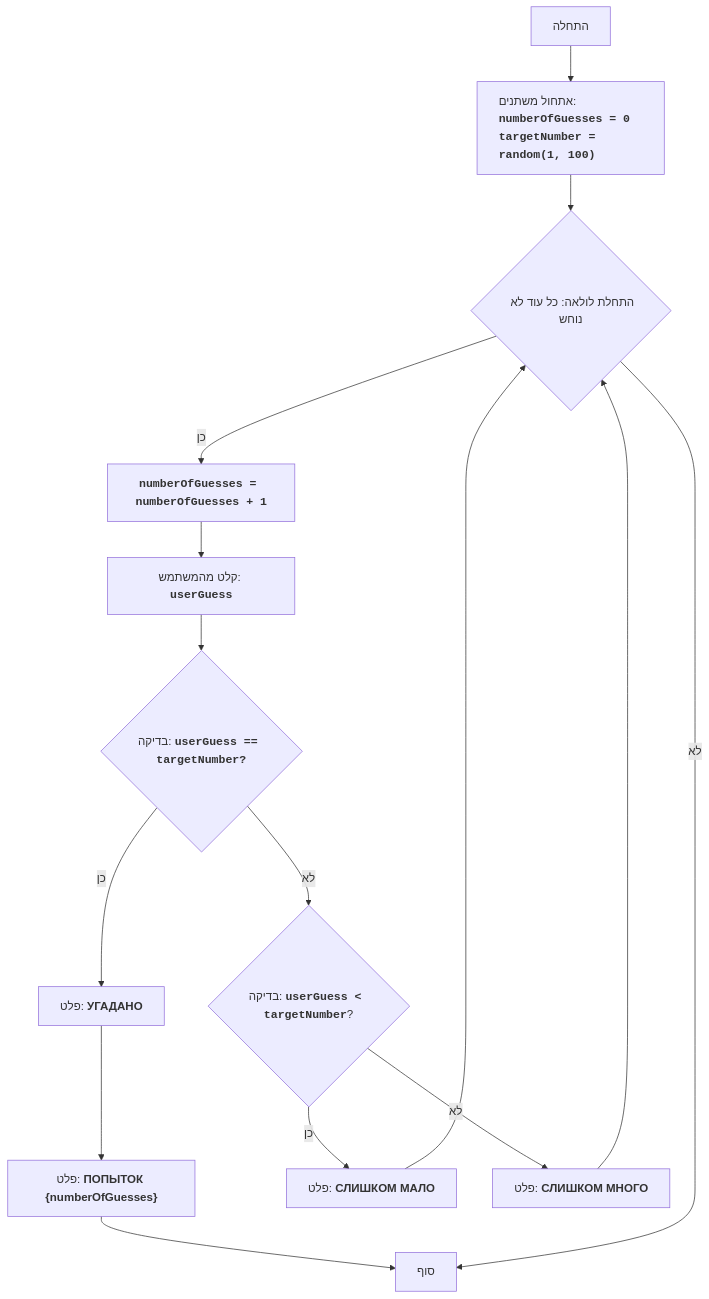
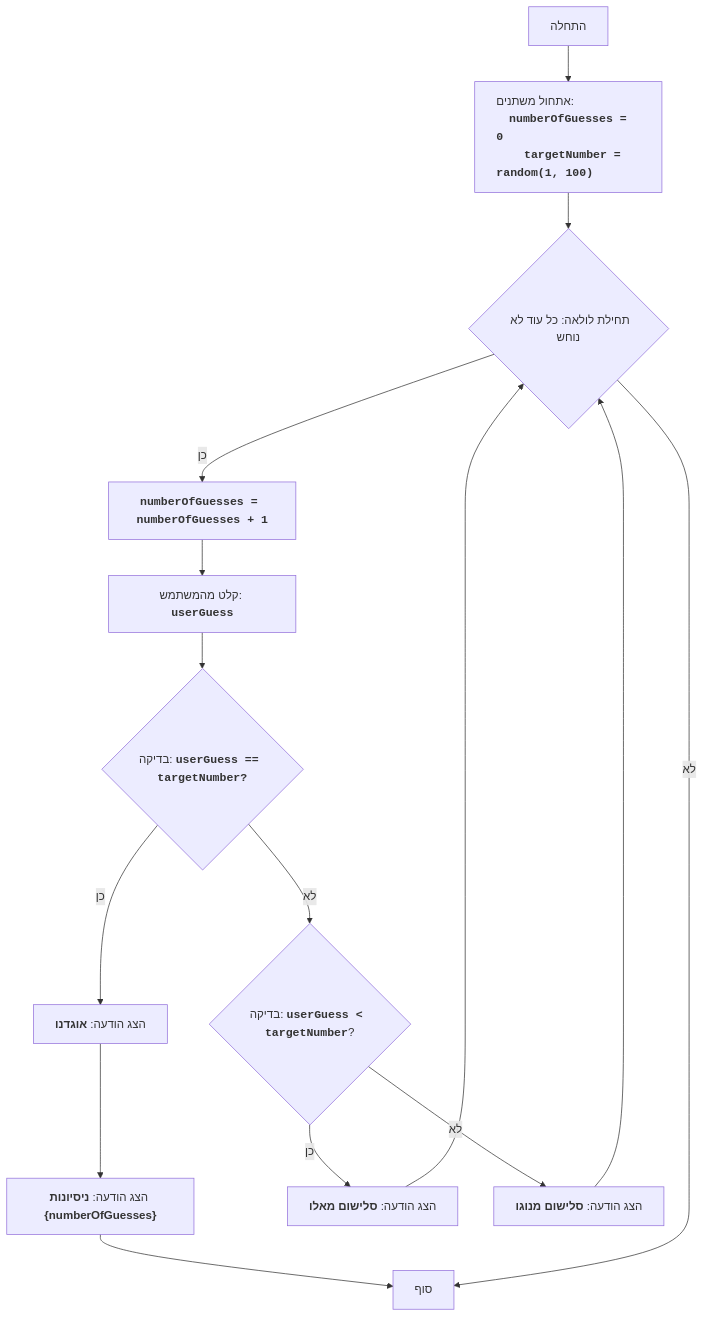
The diagram in docs/gemini/he/explainer/src/endpoints/ai_games/101_basic_computer_games/ru/GAMES/BUZZWD/README.MD.md (hypo69/hypo), drawn with Mermaid before and after one commit. The commit also changed other lines of this file and 885 other files, not shown here.

````diff
--- a/docs/gemini/he/explainer/src/endpoints/ai_games/101_basic_computer_games/ru/GAMES/BUZZWD/README.MD.md
+++ b/docs/gemini/he/explainer/src/endpoints/ai_games/101_basic_computer_games/ru/GAMES/BUZZWD/README.MD.md
@@ -37,17 +46,18 @@
 ```mermaid
 flowchart TD
-    Start["התחלה"] --> InitializeVariables["<p align='left'>אתחול משתנים:<br><code><b>numberOfGuesses = 0</b></code><br><code><b>targetNumber = random(1, 100)</b></code></p>"]
-    InitializeVariables --> LoopStart{"התחלת לולאה: כל עוד לא נוחש"}
+    Start["התחלה"] --> InitializeVariables["<p align='left'>אתחול משתנים:<br>    <code><b>numberOfGuesses = 0<br>    targetNumber = random(1, 100)</b></code></p>"]
+    InitializeVariables --> LoopStart{"תחילת לולאה: כל עוד לא נוחש"}
     LoopStart -- כן --> IncreaseGuesses["<code><b>numberOfGuesses = numberOfGuesses + 1</b></code>"]
     IncreaseGuesses --> InputGuess["קלט מהמשתמש: <code><b>userGuess</b></code>"]
     InputGuess --> CheckGuess{"בדיקה: <code><b>userGuess == targetNumber?</b></code>"}
-    CheckGuess -- כן --> OutputWin["פלט: <b>УГАДАНО</b>"]
-    OutputWin --> OutputAttempts["פלט: <b>ПОПЫТОК {numberOfGuesses}</b>"]
+    CheckGuess -- כן --> OutputWin["הצג הודעה: <b>אוגדנו</b>"]
+    OutputWin --> OutputAttempts["הצג הודעה: <b>ניסיונות {numberOfGuesses}</b>"]
     OutputAttempts --> End["סוף"]
     CheckGuess -- לא --> CheckLow{"בדיקה: <code><b>userGuess < targetNumber</b></code>?"}
-    CheckLow -- כן --> OutputLow["פלט: <b>СЛИШКОМ МАЛО</b>"]
+    CheckLow -- כן --> OutputLow["הצג הודעה: <b>סלישום מאלו</b>"]
     OutputLow --> LoopStart
-    CheckLow -- לא --> OutputHigh["פלט: <b>СЛИШКОМ МНОГО</b>"]
+    CheckLow -- לא --> OutputHigh["הצג הודעה: <b>סלישום מנוגו</b>"]
     OutputHigh --> LoopStart
     LoopStart -- לא --> End
+
 ```
````
